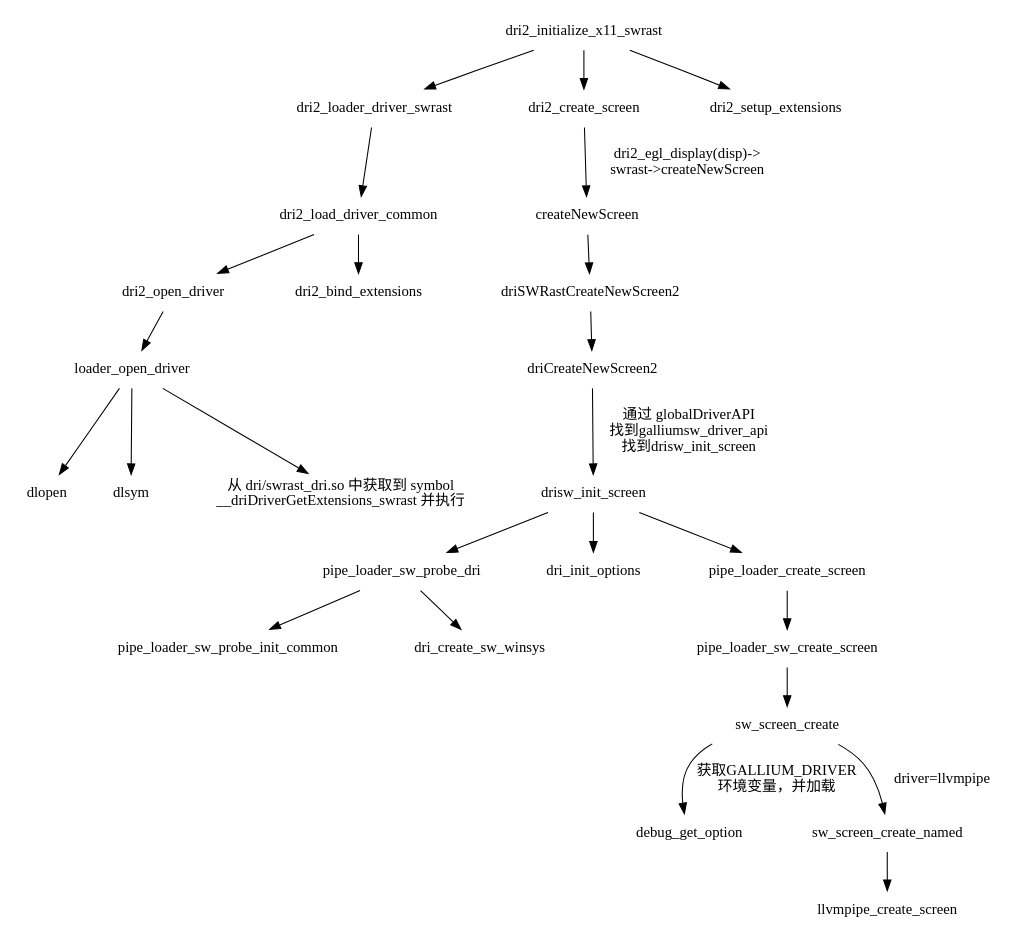
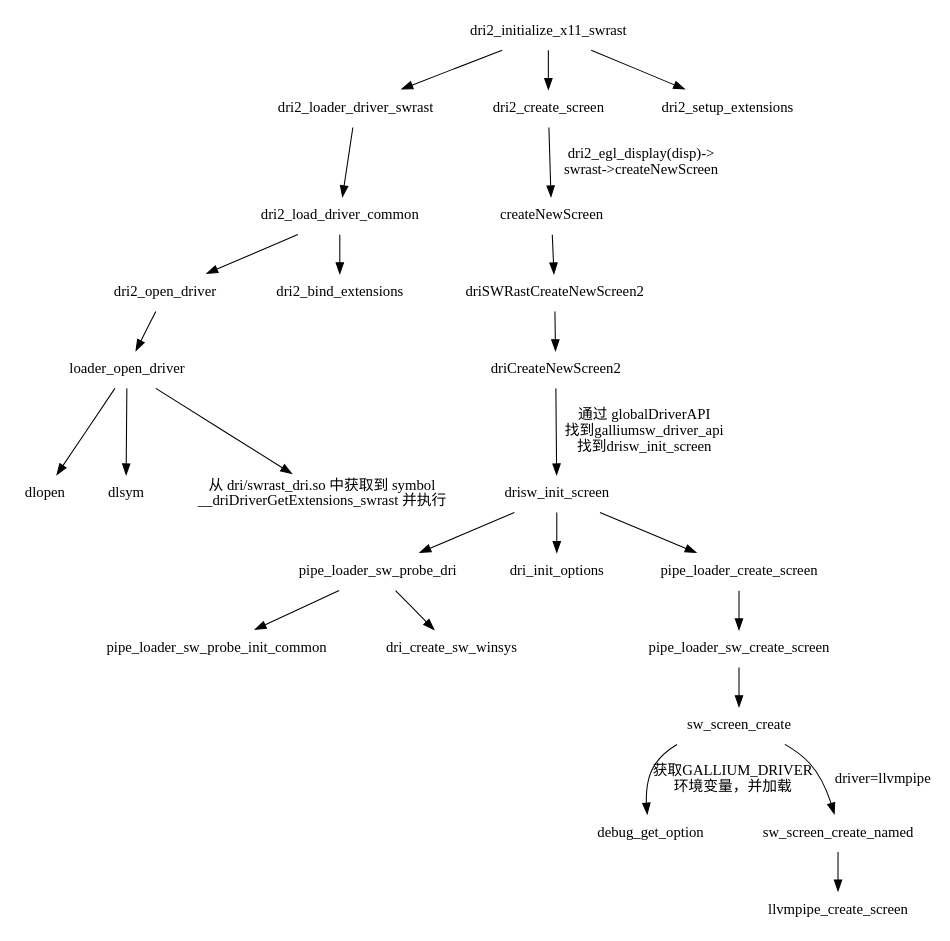
The second of 3 diagrams in source/_posts/mesa-egl.org (kopinions/pututu), drawn with Graphviz before and after one commit. The commit also changed other lines of this file, not shown here.

Commit message:
fix: try to fix the graph mess chinese

```diff
--- a/source/_posts/mesa-egl.org
+++ b/source/_posts/mesa-egl.org
@@ -150,23 +153,25 @@
 #+BEGIN_SRC dot :file ./mesa-egl/loader_open_driver.png :exports results
   digraph G {
-      node[shape=plaintext]
+      graph [fontname="WenQuanYi Micro Hei"];
+      node [fontname="WenQuanYi Micro Hei", shape=plaintext];
+      edge [fontname="WenQuanYi Micro Hei"];
       dri2_initialize_x11_swrast -> {dri2_loader_driver_swrast, dri2_create_screen, dri2_setup_extensions};
       dri2_loader_driver_swrast -> dri2_load_driver_common;
       dri2_load_driver_common -> {dri2_open_driver, dri2_bind_extensions};
       dri2_open_driver -> loader_open_driver;
       loader_open_driver -> {dlopen, dlsym, get_extensions};
       get_extensions[label="从 dri/swrast_dri.so 中获取到 symbol \n__driDriverGetExtensions_swrast 并执行"]
       dri2_create_screen -> createNewScreen [label="dri2_egl_display(disp)->\nswrast->createNewScreen"];
       createNewScreen -> driSWRastCreateNewScreen2;
       driSWRastCreateNewScreen2 -> driCreateNewScreen2;
       driCreateNewScreen2 -> drisw_init_screen [label="通过 globalDriverAPI\n找到galliumsw_driver_api\n找到drisw_init_screen"];
       drisw_init_screen -> {pipe_loader_sw_probe_dri, dri_init_options, pipe_loader_create_screen};
       pipe_loader_sw_probe_dri -> {pipe_loader_sw_probe_init_common, dri_create_sw_winsys};
       pipe_loader_create_screen -> {pipe_loader_sw_create_screen};
       pipe_loader_sw_create_screen -> sw_screen_create;
       sw_screen_create -> debug_get_option [label="获取GALLIUM_DRIVER\n环境变量，并加载"]
       sw_screen_create -> sw_screen_create_named [label="driver=llvmpipe"];
       sw_screen_create_named -> llvmpipe_create_screen;
-      
+
   }
 #+END_SRC
```
